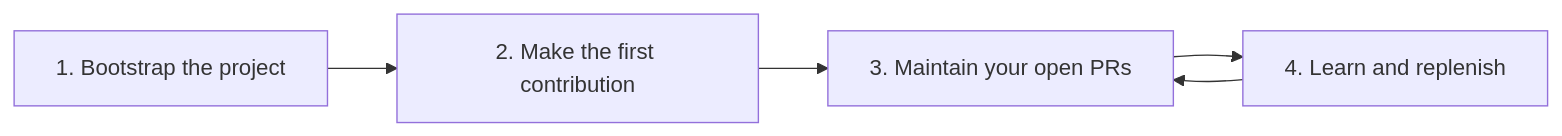
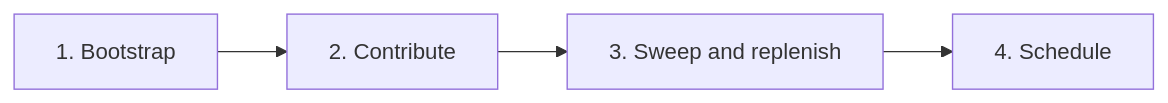
Before and after one commit to deepujain/skippy: the second of 4 diagrams in README.md, drawn with Mermaid. The commit also changed other lines of this file and 1 other file, not shown here.

````diff
--- a/README.md
+++ b/README.md
@@ -41,7 +41,6 @@
 ```mermaid
 flowchart LR
-  A["1. Bootstrap the project"] --> B["2. Make the first contribution"]
-  B --> C["3. Maintain your open PRs"]
-  C --> D["4. Learn and replenish"]
-  D --> C
+  A["1. Bootstrap"] --> B["2. Contribute"]
+  B --> C["3. Sweep and replenish"]
+  C --> D["4. Schedule"]
 ```
````
